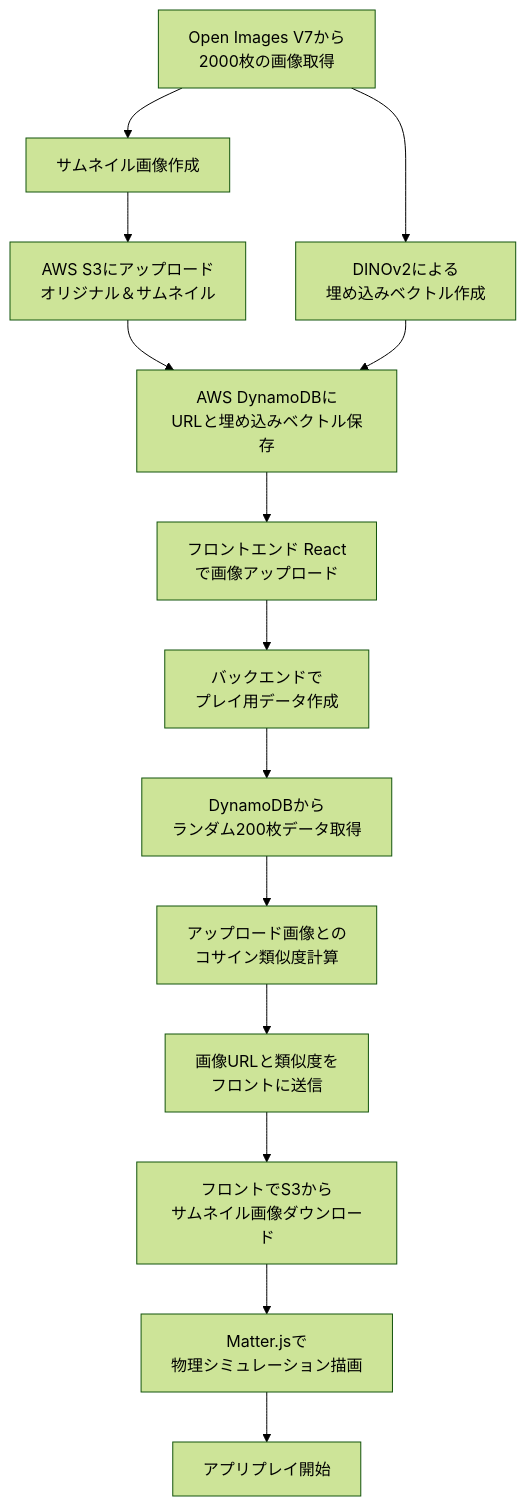
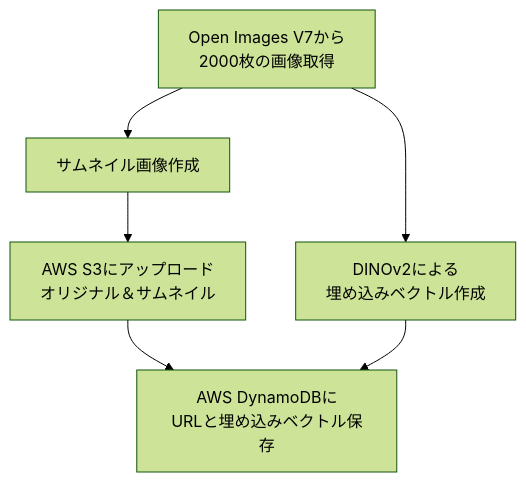
The first of 2 diagrams in similar_image_project/README.md (tukaharu2/portfolio), drawn with Mermaid (forest theme) before and after one commit. The commit also changed other lines of this file, not shown here.

````diff
--- a/similar_image_project/README.md
+++ b/similar_image_project/README.md
@@ -33,16 +33,9 @@
 ```mermaid
 flowchart TD
     A[Open Images V7から<br>2000枚の画像取得] --> B[DINOv2による<br>埋め込みベクトル作成]
     A --> C[サムネイル画像作成]
     C --> D[AWS S3にアップロード<br>オリジナル＆サムネイル]
     D --> E[AWS DynamoDBに<br>URLと埋め込みベクトル保存]
     B --> E
-    E --> F[フロントエンド React \nで画像アップロード]
-    F --> G[バックエンドで<br>プレイ用データ作成]
-    G --> H[DynamoDBから<br>ランダム200枚データ取得]
-    H --> I[アップロード画像との<br>コサイン類似度計算]
-    I --> J[画像URLと類似度を<br>フロントに送信]
-    J --> K[フロントでS3から<br>サムネイル画像ダウンロード]
-    K --> L[Matter.jsで<br>物理シミュレーション描画]
-    L --> M[アプリプレイ開始]
+
 ```
````
